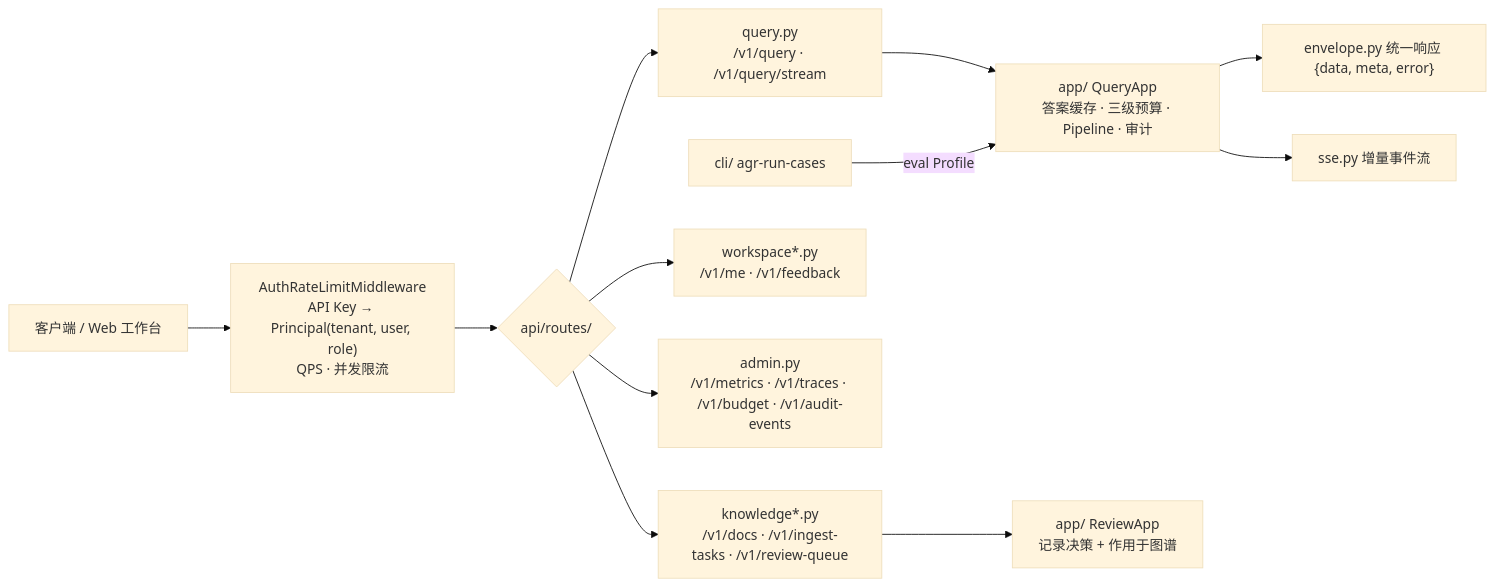
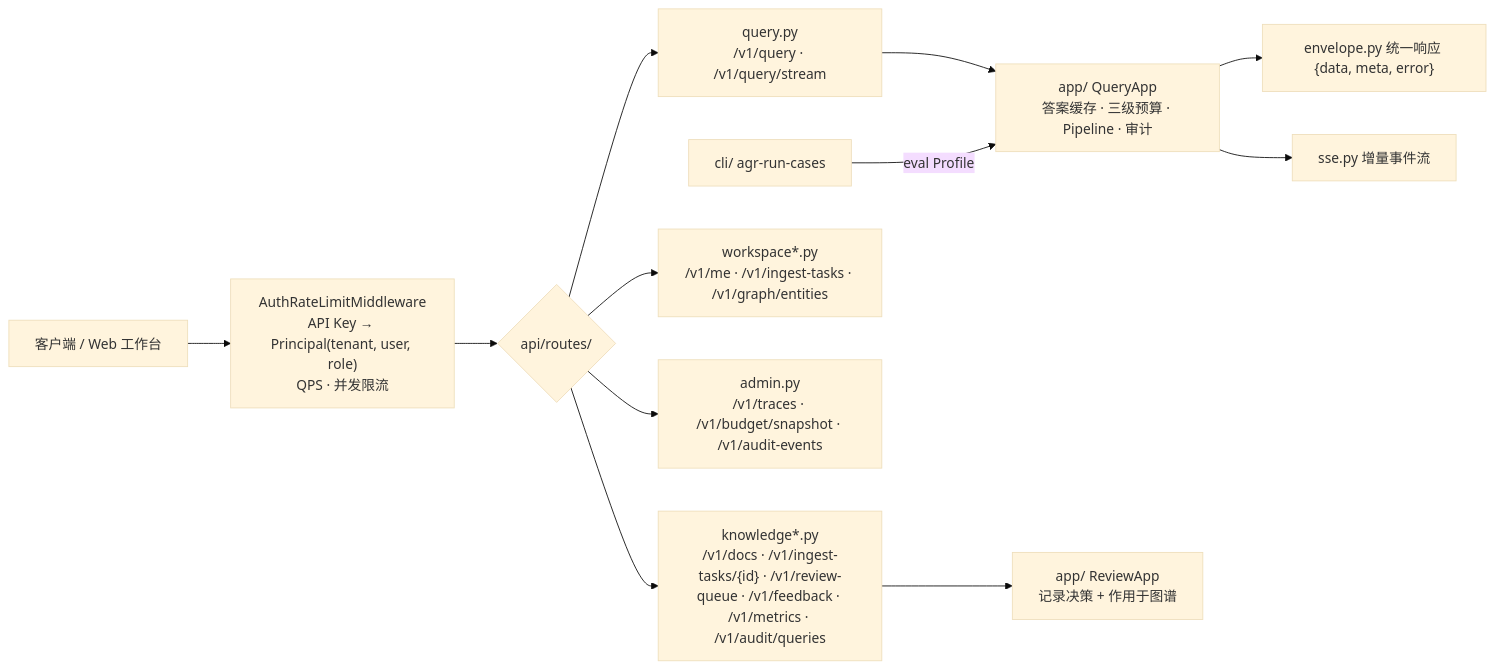
One commit to RightCloudhub/AG changed the second of 17 diagrams in docs/ARCHITECTURE.md. Above: the diagram before and after it, drawn with Mermaid (base theme). The commit also changed other lines of this file and 31 other files, not shown here.

````diff
--- a/docs/ARCHITECTURE.md
+++ b/docs/ARCHITECTURE.md
@@ -96,14 +96,14 @@
 ```mermaid
 flowchart LR
     C["客户端 / Web 工作台"] --> MW["AuthRateLimitMiddleware<br/>API Key → Principal(tenant, user, role)<br/>QPS · 并发限流"]
     MW --> R{"api/routes/"}
     R --> RQ["query.py<br/>/v1/query · /v1/query/stream"]
-    R --> RK["knowledge*.py<br/>/v1/docs · /v1/ingest-tasks · /v1/review-queue"]
-    R --> RW["workspace*.py<br/>/v1/me · /v1/feedback"]
-    R --> RA["admin.py<br/>/v1/metrics · /v1/traces · /v1/budget · /v1/audit-events"]
+    R --> RK["knowledge*.py<br/>/v1/docs · /v1/ingest-tasks/{id} · /v1/review-queue · /v1/feedback · /v1/metrics · /v1/audit/queries"]
+    R --> RW["workspace*.py<br/>/v1/me · /v1/ingest-tasks · /v1/graph/entities"]
+    R --> RA["admin.py<br/>/v1/traces · /v1/budget/snapshot · /v1/audit-events"]
     RQ --> QA["app/ QueryApp<br/>答案缓存 · 三级预算 · Pipeline · 审计"]
     RK --> RVA["app/ ReviewApp<br/>记录决策 + 作用于图谱"]
     CLIE["cli/ agr-run-cases"] -->|eval Profile| QA
     QA --> ENV["envelope.py 统一响应 {data, meta, error}"]
     QA --> SSE["sse.py 增量事件流"]
 ```
````
